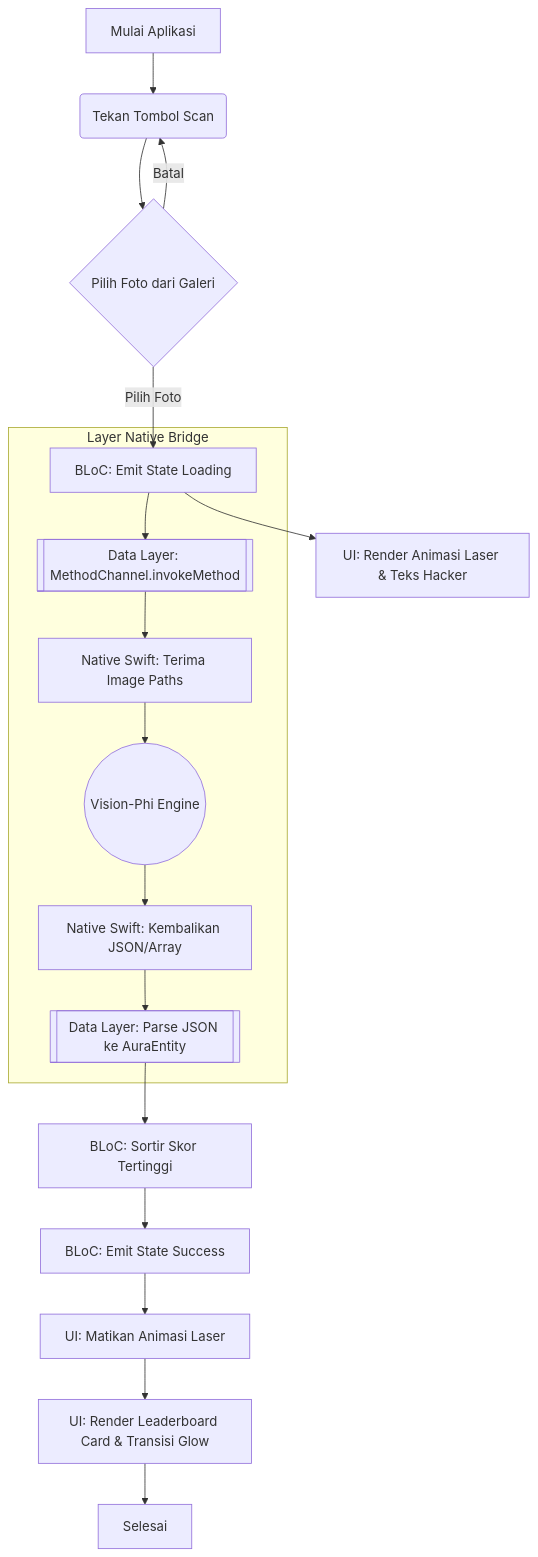
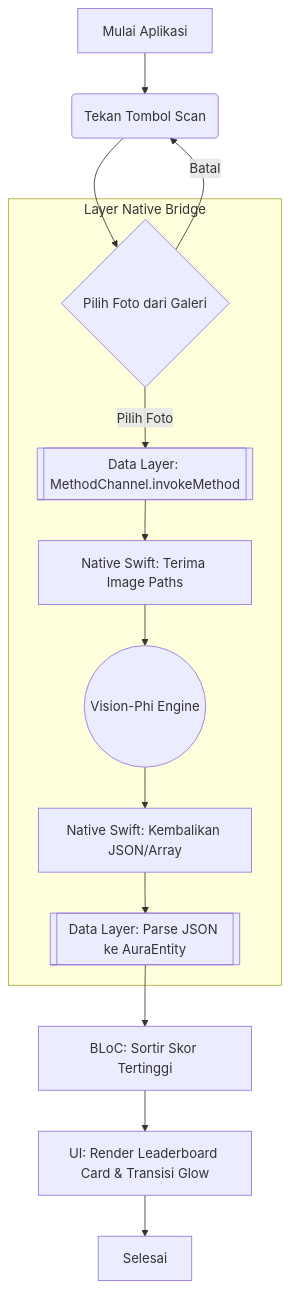
The first of 2 diagrams in TRD.md (nunutech40/AuraApp), drawn with Mermaid before and after one commit.

Commit message:
docs: Simplify flowchart by removing Loading state

````diff
--- a/TRD.md
+++ b/TRD.md
@@ -51,22 +51,18 @@
 ```mermaid
 graph TD
     A[Mulai Aplikasi] --> B(Tekan Tombol Scan)
     B --> C{Pilih Foto dari Galeri}
     C -->|Batal| B
-    C -->|Pilih Foto| D[BLoC: Emit State Loading]
-    D --> E[UI: Render Animasi Laser & Teks Hacker]
     
     subgraph Layer Native Bridge
-    D --> F[[Data Layer: MethodChannel.invokeMethod]]
+    C -->|Pilih Foto| F[[Data Layer: MethodChannel.invokeMethod]]
     F --> G[Native Swift: Terima Image Paths]
     G --> H((Vision-Phi Engine))
     H --> I[Native Swift: Kembalikan JSON/Array]
     I --> J[[Data Layer: Parse JSON ke AuraEntity]]
     end
     
     J --> K[BLoC: Sortir Skor Tertinggi]
-    K --> L[BLoC: Emit State Success]
-    L --> M[UI: Matikan Animasi Laser]
-    M --> N[UI: Render Leaderboard Card & Transisi Glow]
+    K --> N[UI: Render Leaderboard Card & Transisi Glow]
     N --> O[Selesai]
 ```
````
